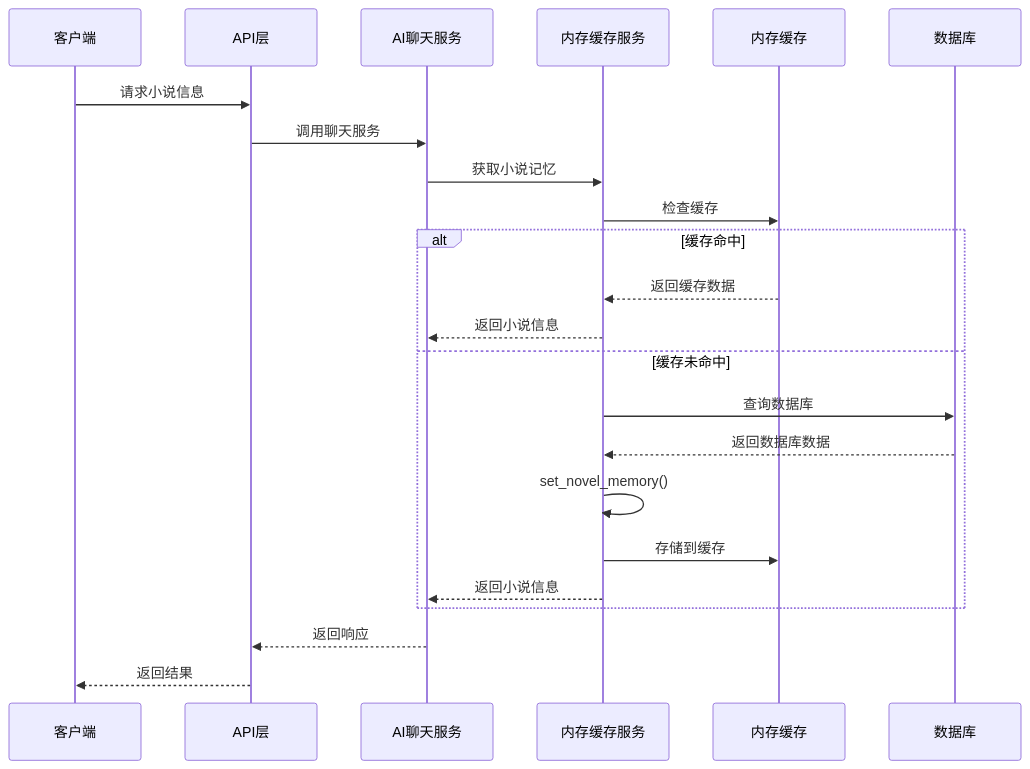
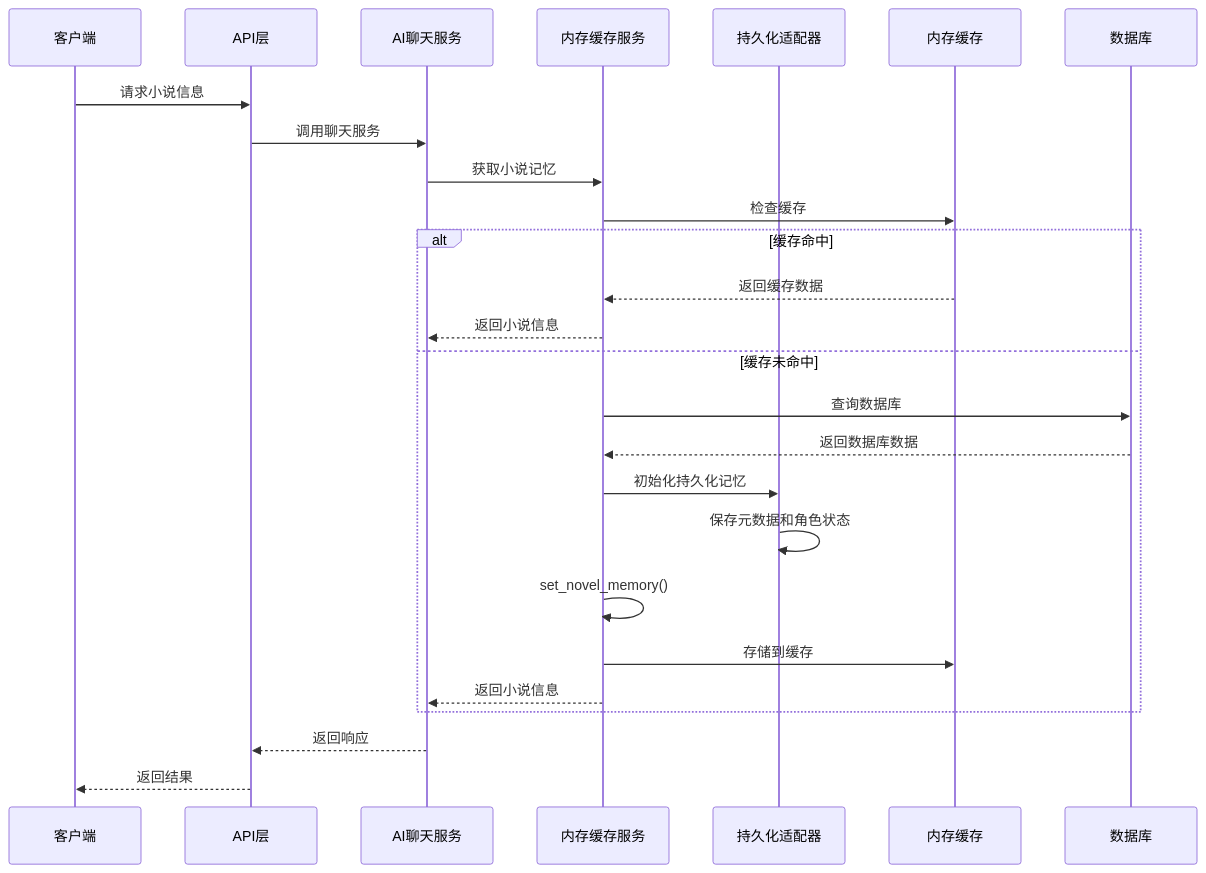
One commit to xfbyxq/ai-novel-system changed the second of 8 diagrams in .qoder/repowiki/zh/content/Memory Service.md. Above: the diagram before and after it, drawn with Mermaid. The commit also changed other lines of this file and 17 other files, not shown here.

````diff
--- a/.qoder/repowiki/zh/content/Memory Service.md
+++ b/.qoder/repowiki/zh/content/Memory Service.md
@@ -102,25 +115,28 @@
 ```mermaid
 sequenceDiagram
 participant Client as 客户端
 participant API as API层
 participant ChatService as AI聊天服务
 participant MemoryService as 内存缓存服务
+participant PersistentAdapter as 持久化适配器
 participant Cache as 内存缓存
 participant DB as 数据库
 Client->>API : 请求小说信息
 API->>ChatService : 调用聊天服务
 ChatService->>MemoryService : 获取小说记忆
 MemoryService->>Cache : 检查缓存
 alt 缓存命中
 Cache-->>MemoryService : 返回缓存数据
 MemoryService-->>ChatService : 返回小说信息
 else 缓存未命中
 MemoryService->>DB : 查询数据库
 DB-->>MemoryService : 返回数据库数据
+MemoryService->>PersistentAdapter : 初始化持久化记忆
+PersistentAdapter->>PersistentAdapter : 保存元数据和角色状态
 MemoryService->>MemoryService : set_novel_memory()
 MemoryService->>Cache : 存储到缓存
 MemoryService-->>ChatService : 返回小说信息
 end
 ChatService-->>API : 返回响应
 API-->>Client : 返回结果
 ```
````
